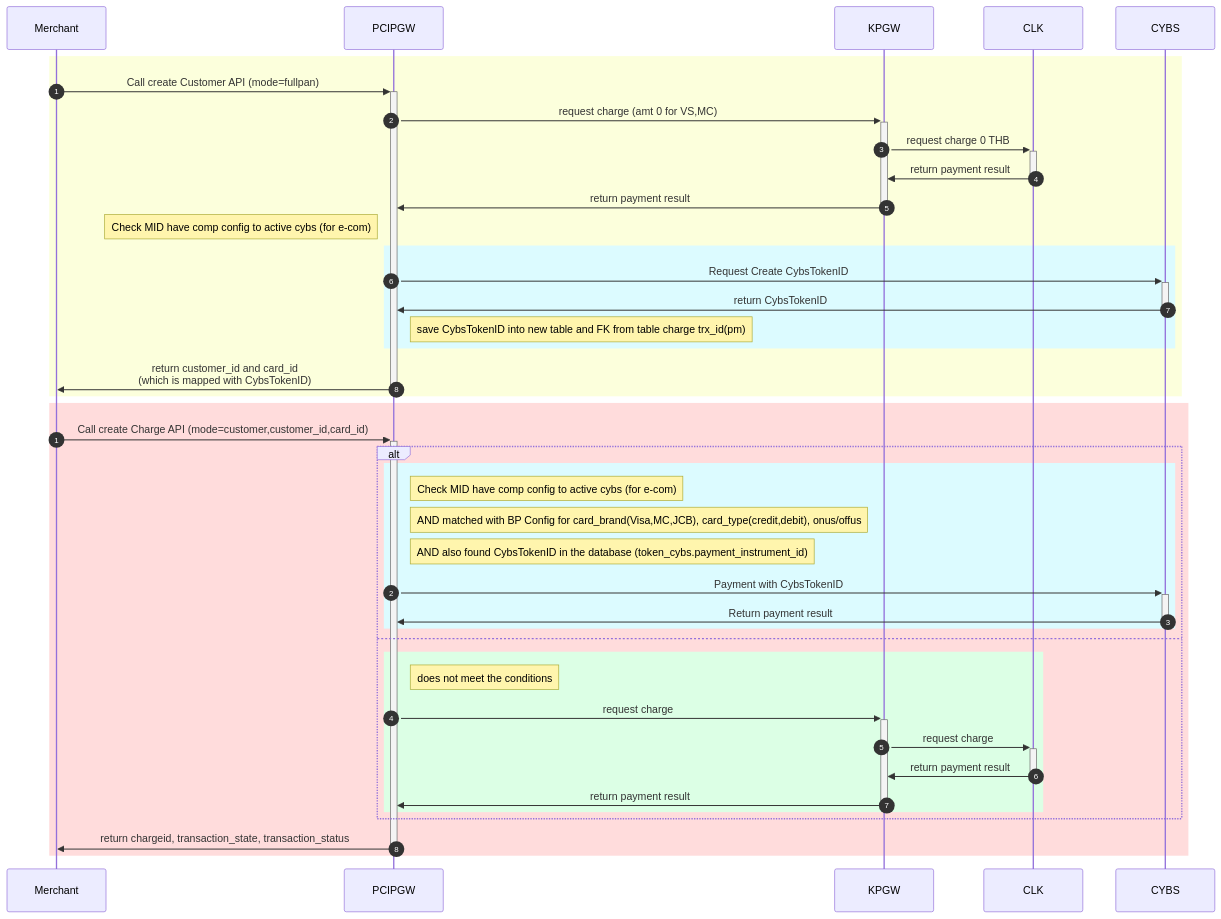
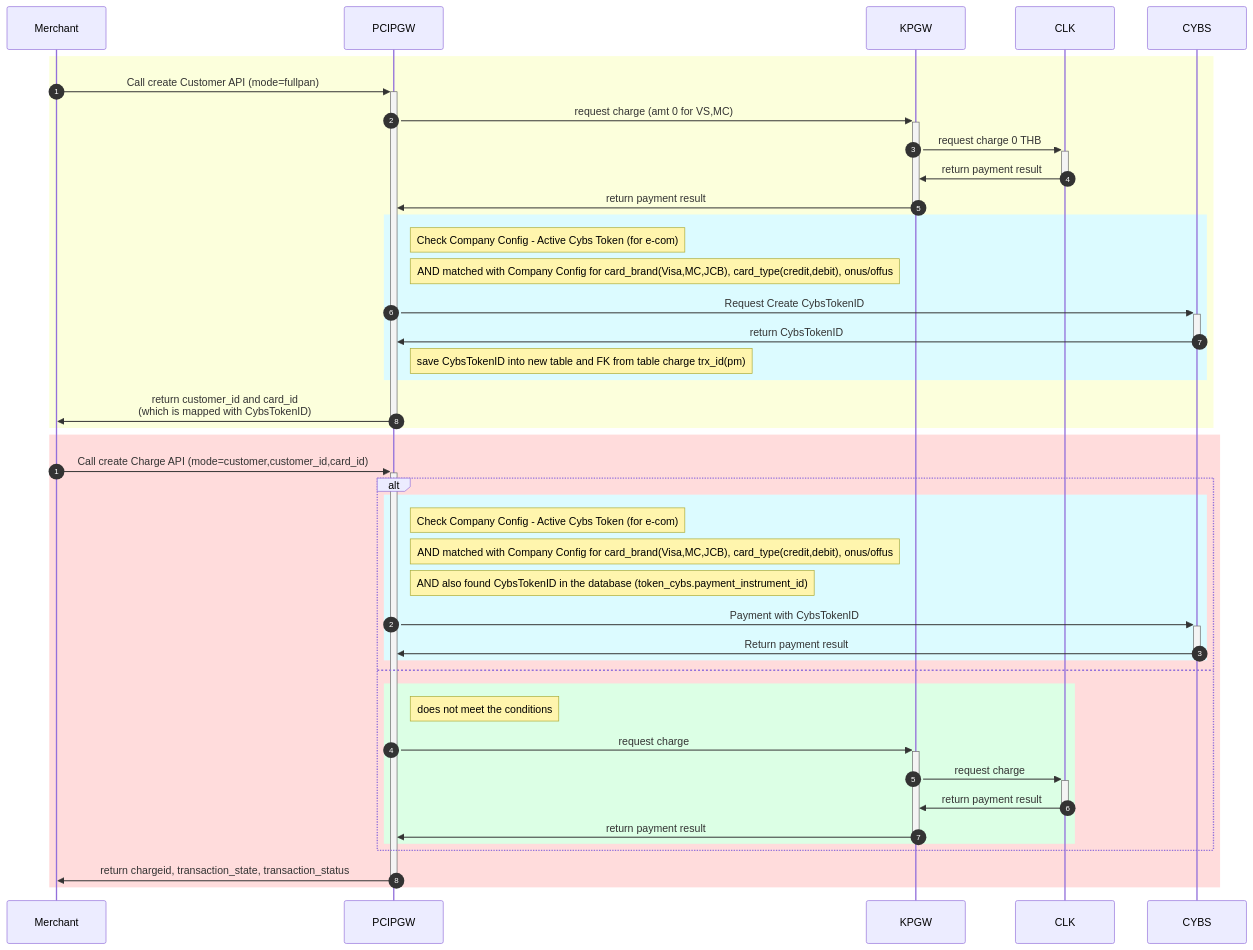
Before and after one commit to yuusuke25/MyNotes: the sixth of 9 diagrams in Cybs-Ph2-Flow-new1.md, drawn with Mermaid. The commit also changed other lines of this file, not shown here.

````diff
--- a/Cybs-Ph2-Flow-new1.md
+++ b/Cybs-Ph2-Flow-new1.md
@@ -202,40 +205,41 @@
 ```mermaid
     sequenceDiagram
         autonumber 1
         rect rgb(252, 255, 220)
             Merchant->>+PCIPGW:Call create Customer API (mode=fullpan)
             PCIPGW->>+KPGW:request charge (amt 0 for VS,MC)
             KPGW->>+CLK:request charge 0 THB
             CLK->>-KPGW:return payment result
             KPGW->>-PCIPGW:return payment result
-            Note left of PCIPGW: Check MID have comp config to active cybs (for e-com)
             rect rgb(220, 251, 255)
+              Note right of PCIPGW: Check Company Config - Active Cybs Token (for e-com)
+              Note right of PCIPGW: AND matched with Company Config for card_brand(Visa,MC,JCB), card_type(credit,debit), onus/offus
               PCIPGW->>+CYBS:Request Create CybsTokenID
               CYBS->>-PCIPGW:return CybsTokenID
               Note right of PCIPGW: save CybsTokenID into new table and FK from table charge trx_id(pm)
             end
             PCIPGW->>-Merchant:return customer_id and card_id<br>(which is mapped with CybsTokenID)
         end
         autonumber 1
         rect rgb(255, 220, 220)
             Merchant->>+PCIPGW:Call create Charge API (mode=customer,customer_id,card_id)
               alt
                 rect rgb(220, 251, 255)
-                  Note right of PCIPGW: Check MID have comp config to active cybs (for e-com)
-                  Note right of PCIPGW: AND matched with BP Config for card_brand(Visa,MC,JCB), card_type(credit,debit), onus/offus
+                  Note right of PCIPGW: Check Company Config - Active Cybs Token (for e-com)
+                  Note right of PCIPGW: AND matched with Company Config for card_brand(Visa,MC,JCB), card_type(credit,debit), onus/offus
                   Note right of PCIPGW: AND also found CybsTokenID in the database (token_cybs.payment_instrument_id)
                     PCIPGW->>+CYBS:Payment with CybsTokenID
                     CYBS->>-PCIPGW:Return payment result
                 end
               else
                 rect rgb(220, 255, 229)
                   Note right of PCIPGW: does not meet the conditions
                     PCIPGW->>+KPGW:request charge
                     KPGW->>+CLK:request charge
                     CLK->>-KPGW:return payment result
                     KPGW->>-PCIPGW:return payment result
                 end
               end
             PCIPGW->>-Merchant:return chargeid, transaction_state, transaction_status
         end
 ```
````
